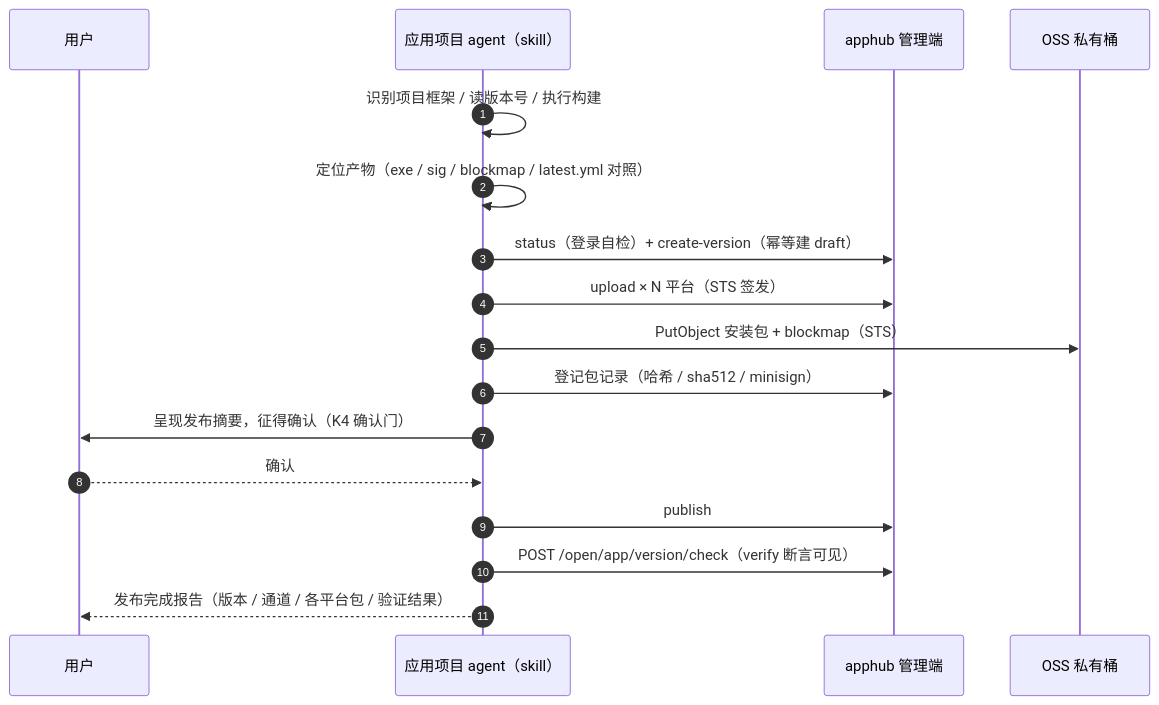
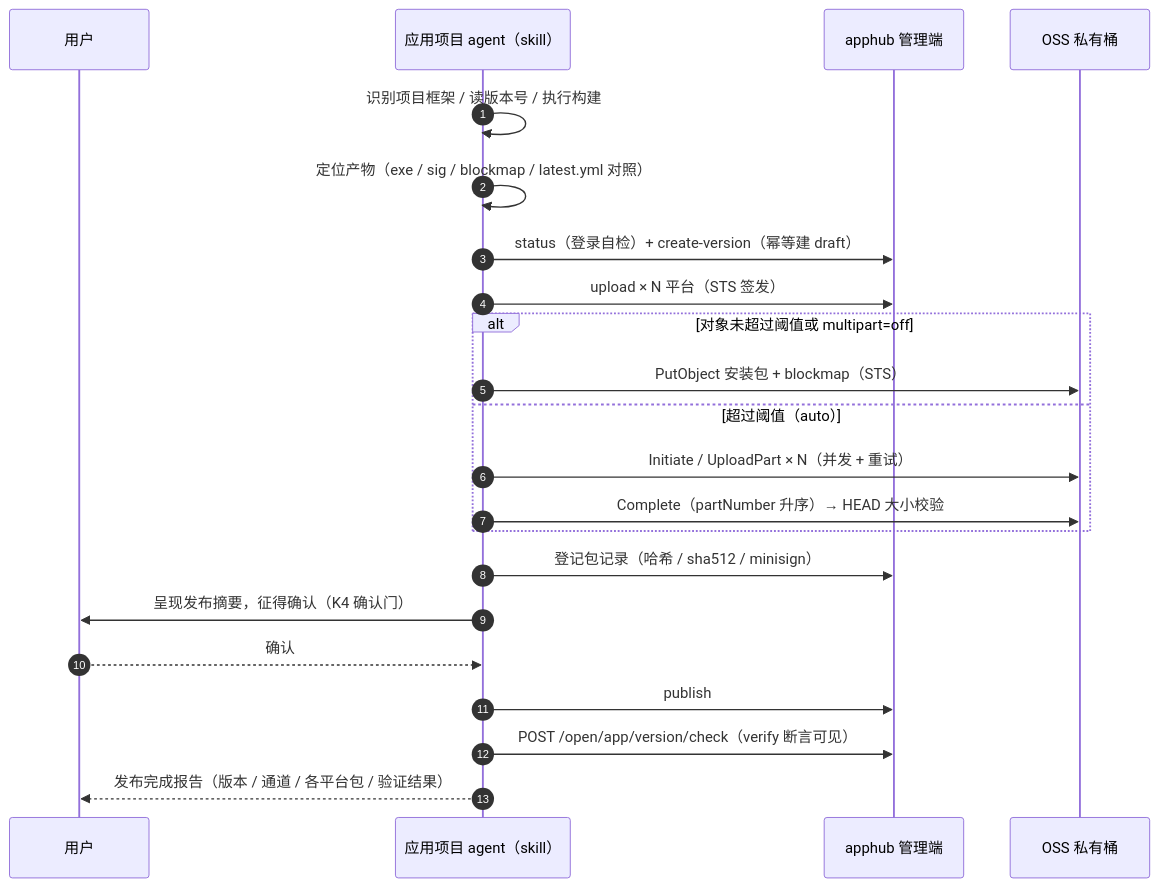
The second of 2 diagrams in docs/应用管理平台/发版Skill设计.md (Harley-xk/apphub), drawn with Mermaid before and after one commit. The commit also changed other lines of this file and 17 other files, not shown here.

````diff
--- a/docs/应用管理平台/发版Skill设计.md
+++ b/docs/应用管理平台/发版Skill设计.md
@@ -181,19 +218,24 @@
 ```mermaid
 sequenceDiagram
     autonumber
     participant U as 用户
     participant A as 应用项目 agent（skill）
     participant S as apphub 管理端
     participant O as OSS 私有桶
     A->>A: 识别项目框架 / 读版本号 / 执行构建
     A->>A: 定位产物（exe / sig / blockmap / latest.yml 对照）
     A->>S: status（登录自检）+ create-version（幂等建 draft）
     A->>S: upload × N 平台（STS 签发）
-    A->>O: PutObject 安装包 + blockmap（STS）
+    alt 对象未超过阈值或 multipart=off
+        A->>O: PutObject 安装包 + blockmap（STS）
+    else 超过阈值（auto）
+        A->>O: Initiate / UploadPart × N（并发 + 重试）
+        A->>O: Complete（partNumber 升序）→ HEAD 大小校验
+    end
     A->>S: 登记包记录（哈希 / sha512 / minisign）
     A->>U: 呈现发布摘要，征得确认（K4 确认门）
     U-->>A: 确认
     A->>S: publish
     A->>S: POST /open/app/version/check（verify 断言可见）
     A-->>U: 发布完成报告（版本 / 通道 / 各平台包 / 验证结果）
 ```
````
